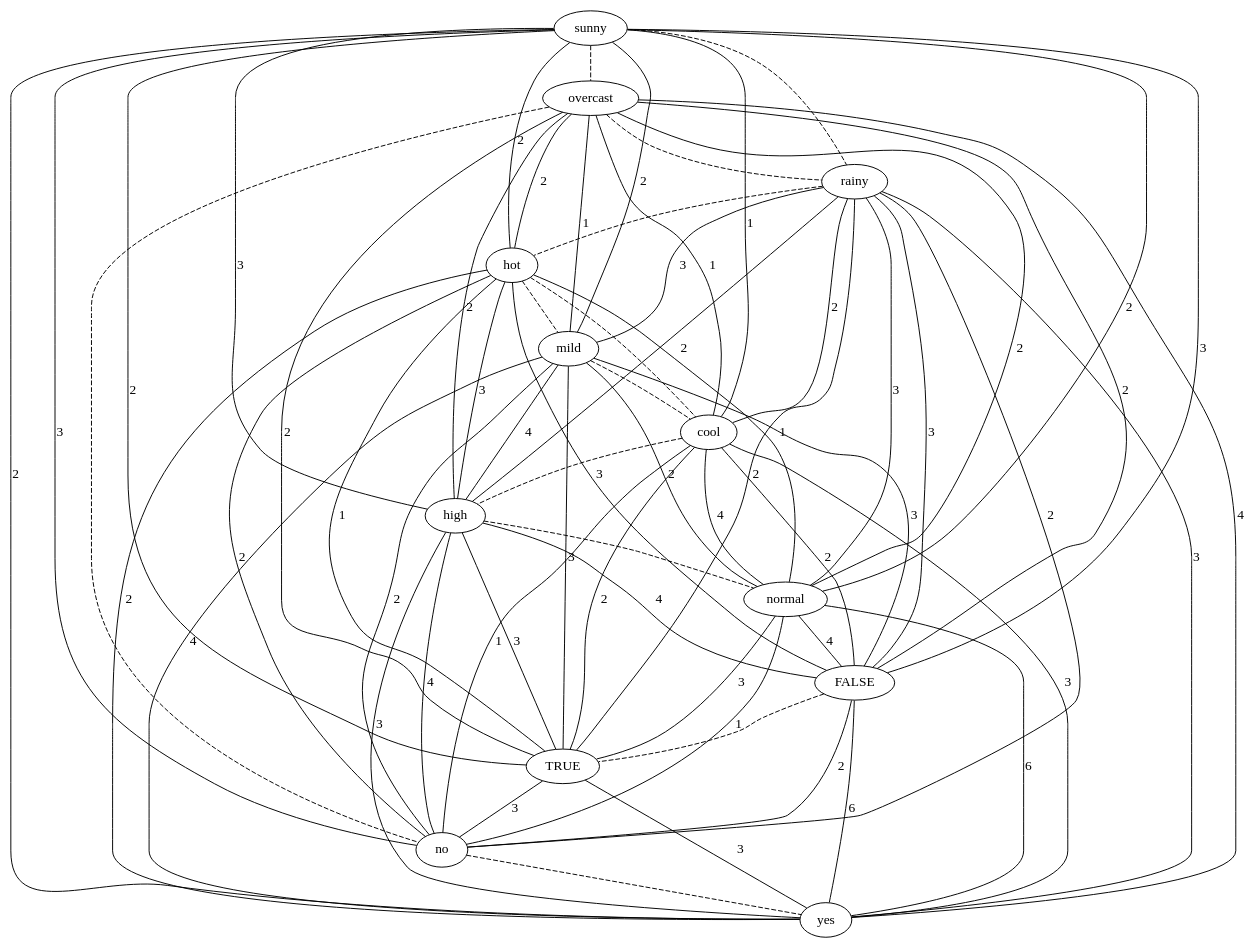
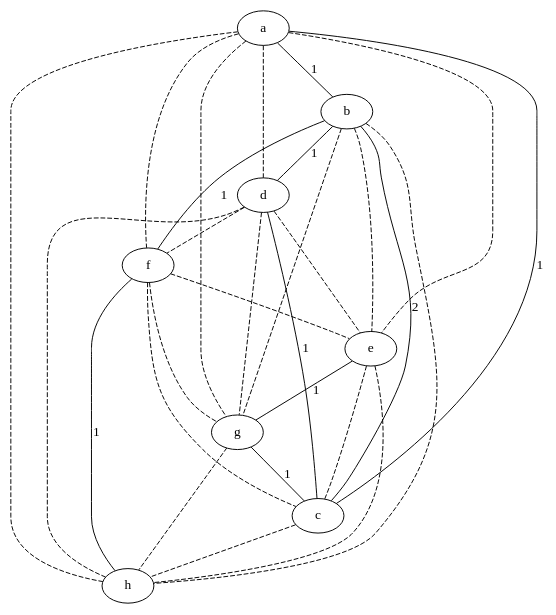
Before and after one commit to lrodrin/TFG: the diagram in src/final/plainGraph.dot, drawn with Graphviz. The commit also changed 5 other files, not shown here.

```diff
--- a/src/final/plainGraph.dot
+++ b/src/final/plainGraph.dot
@@ -1,80 +1,38 @@
 strict graph "" {
-sunny;
-overcast;
-rainy;
-hot;
-mild;
-cool;
-high;
-normal;
-FALSE;
-TRUE;
-no;
-yes;
-sunny -- overcast  [color=black, style=dashed];
-sunny -- rainy  [color=black, style=dashed];
-sunny -- hot  [color=black, label=2, style=solid];
-sunny -- mild  [color=black, label=2, style=solid];
-sunny -- cool  [color=black, label=1, style=solid];
-sunny -- high  [color=black, label=3, style=solid];
-sunny -- normal  [color=black, label=2, style=solid];
-sunny -- FALSE  [color=black, label=3, style=solid];
-sunny -- TRUE  [color=black, label=2, style=solid];
-sunny -- no  [color=black, label=3, style=solid];
-sunny -- yes  [color=black, label=2, style=solid];
-overcast -- rainy  [color=black, style=dashed];
-overcast -- hot  [color=black, label=2, style=solid];
-overcast -- mild  [color=black, label=1, style=solid];
-overcast -- cool  [color=black, label=1, style=solid];
-overcast -- high  [color=black, label=2, style=solid];
-overcast -- normal  [color=black, label=2, style=solid];
-overcast -- FALSE  [color=black, label=2, style=solid];
-overcast -- TRUE  [color=black, label=2, style=solid];
-overcast -- no  [color=black, style=dashed];
-overcast -- yes  [color=black, label=4, style=solid];
-rainy -- hot  [color=black, style=dashed];
-rainy -- mild  [color=black, label=3, style=solid];
-rainy -- cool  [color=black, label=2, style=solid];
-rainy -- high  [color=black, label=2, style=solid];
-rainy -- normal  [color=black, label=3, style=solid];
-rainy -- FALSE  [color=black, label=3, style=solid];
-rainy -- TRUE  [color=black, label=2, style=solid];
-rainy -- no  [color=black, label=2, style=solid];
-rainy -- yes  [color=black, label=3, style=solid];
-hot -- mild  [color=black, style=dashed];
-hot -- cool  [color=black, style=dashed];
-hot -- high  [color=black, label=3, style=solid];
-hot -- normal  [color=black, label=1, style=solid];
-hot -- FALSE  [color=black, label=3, style=solid];
-hot -- TRUE  [color=black, label=1, style=solid];
-hot -- no  [color=black, label=2, style=solid];
-hot -- yes  [color=black, label=2, style=solid];
-mild -- cool  [color=black, style=dashed];
-mild -- high  [color=black, label=4, style=solid];
-mild -- normal  [color=black, label=2, style=solid];
-mild -- FALSE  [color=black, label=3, style=solid];
-mild -- TRUE  [color=black, label=3, style=solid];
-mild -- no  [color=black, label=2, style=solid];
-mild -- yes  [color=black, label=4, style=solid];
-cool -- high  [color=black, style=dashed];
-cool -- normal  [color=black, label=4, style=solid];
-cool -- FALSE  [color=black, label=2, style=solid];
-cool -- TRUE  [color=black, label=2, style=solid];
-cool -- no  [color=black, label=1, style=solid];
-cool -- yes  [color=black, label=3, style=solid];
-high -- normal  [color=black, style=dashed];
-high -- FALSE  [color=black, label=4, style=solid];
-high -- TRUE  [color=black, label=3, style=solid];
-high -- no  [color=black, label=4, style=solid];
-high -- yes  [color=black, label=3, style=solid];
-normal -- FALSE  [color=black, label=4, style=solid];
-normal -- TRUE  [color=black, label=3, style=solid];
-normal -- no  [color=black, label=1, style=solid];
-normal -- yes  [color=black, label=6, style=solid];
-FALSE -- TRUE  [color=black, style=dashed];
-FALSE -- no  [color=black, label=2, style=solid];
-FALSE -- yes  [color=black, label=6, style=solid];
-TRUE -- no  [color=black, label=3, style=solid];
-TRUE -- yes  [color=black, label=3, style=solid];
-no -- yes  [color=black, style=dashed];
+a;
+b;
+d;
+f;
+e;
+g;
+c;
+h;
+a -- b  [color=black, label=1, style=solid];
+a -- d  [color=black, style=dashed];
+a -- f  [color=black, style=dashed];
+a -- e  [color=black, style=dashed];
+a -- g  [color=black, style=dashed];
+a -- c  [color=black, label=1, style=solid];
+a -- h  [color=black, style=dashed];
+b -- d  [color=black, label=1, style=solid];
+b -- f  [color=black, label=1, style=solid];
+b -- e  [color=black, style=dashed];
+b -- g  [color=black, style=dashed];
+b -- c  [color=black, label=2, style=solid];
+b -- h  [color=black, style=dashed];
+d -- f  [color=black, style=dashed];
+d -- e  [color=black, style=dashed];
+d -- g  [color=black, style=dashed];
+d -- c  [color=black, label=1, style=solid];
+d -- h  [color=black, style=dashed];
+f -- e  [color=black, style=dashed];
+f -- g  [color=black, style=dashed];
+f -- c  [color=black, style=dashed];
+f -- h  [color=black, label=1, style=solid];
+e -- g  [color=black, label=1, style=solid];
+e -- c  [color=black, style=dashed];
+e -- h  [color=black, style=dashed];
+g -- c  [color=black, label=1, style=solid];
+g -- h  [color=black, style=dashed];
+c -- h  [color=black, style=dashed];
 }
```
